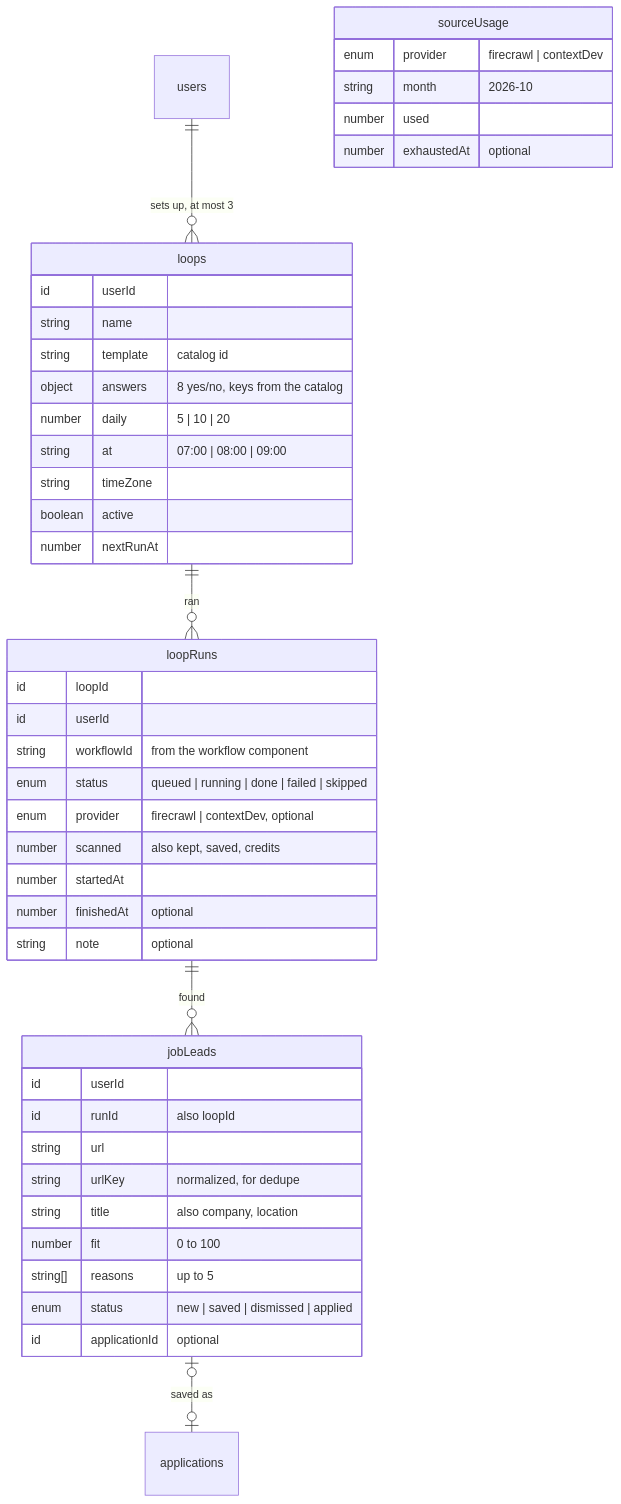
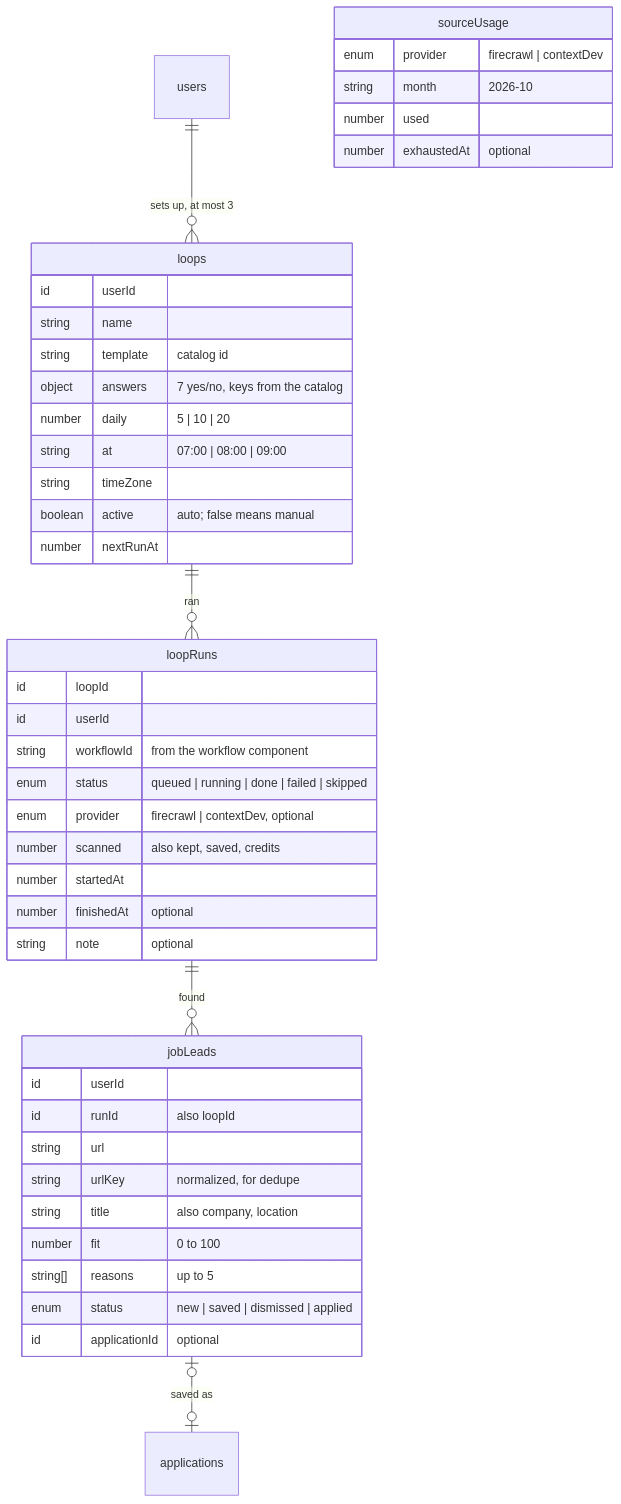
The seventh of 9 diagrams in docs/database-design.md (saranatour1/job-tracking-helper), drawn with Mermaid before and after one commit. The commit also changed other lines of this file and 19 other files, not shown here.

````diff
--- a/docs/database-design.md
+++ b/docs/database-design.md
@@ -348,47 +348,47 @@
 ```mermaid
 erDiagram
     users ||--o{ loops : "sets up, at most 3"
     loops ||--o{ loopRuns : "ran"
     loopRuns ||--o{ jobLeads : "found"
     jobLeads |o--o| applications : "saved as"
 
     loops {
         id userId
         string name
         string template "catalog id"
-        object answers "8 yes/no, keys from the catalog"
+        object answers "7 yes/no, keys from the catalog"
         number daily "5 | 10 | 20"
         string at "07:00 | 08:00 | 09:00"
         string timeZone
-        boolean active
+        boolean active "auto; false means manual"
         number nextRunAt
     }
     loopRuns {
         id loopId
         id userId
         string workflowId "from the workflow component"
         enum status "queued | running | done | failed | skipped"
         enum provider "firecrawl | contextDev, optional"
         number scanned "also kept, saved, credits"
         number startedAt
         number finishedAt "optional"
         string note "optional"
     }
     jobLeads {
         id userId
         id runId "also loopId"
         string url
         string urlKey "normalized, for dedupe"
         string title "also company, location"
         number fit "0 to 100"
         string[] reasons "up to 5"
         enum status "new | saved | dismissed | applied"
         id applicationId "optional"
     }
     sourceUsage {
         enum provider "firecrawl | contextDev"
         string month "2026-10"
         number used
         number exhaustedAt "optional"
     }
 ```
````
